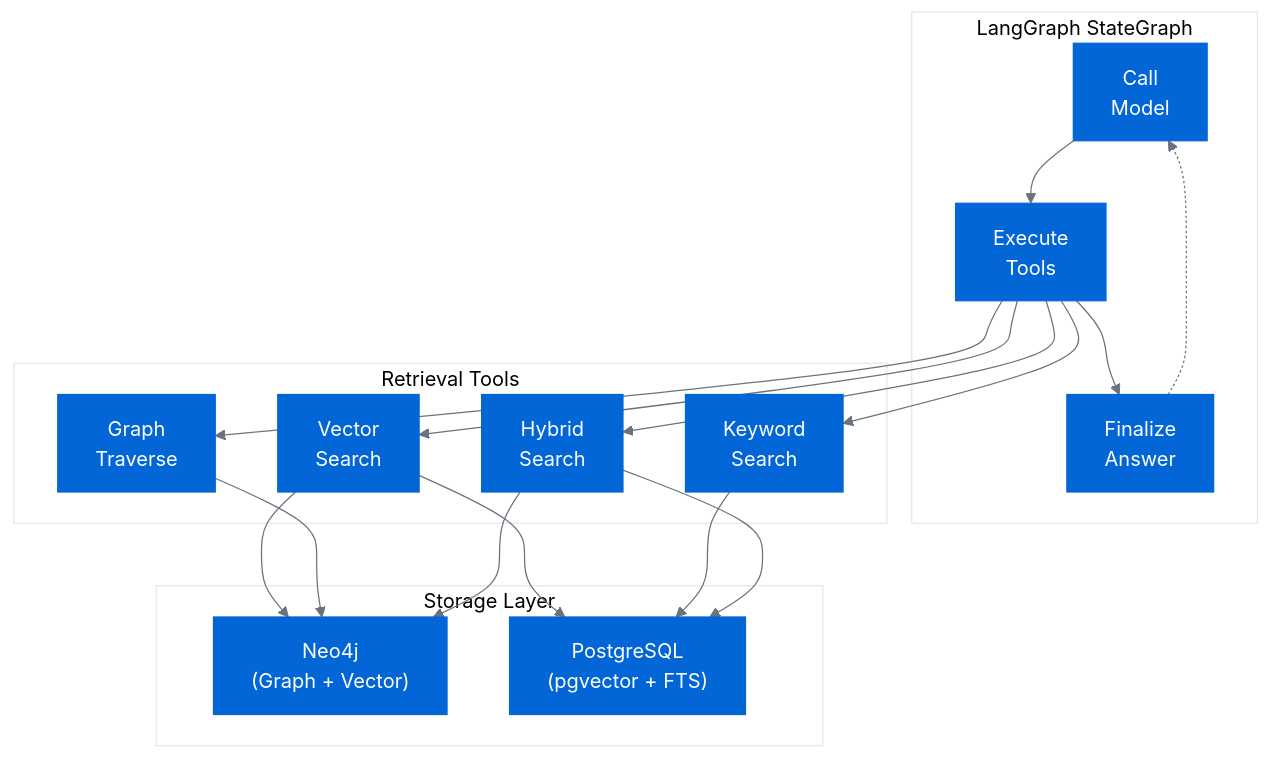
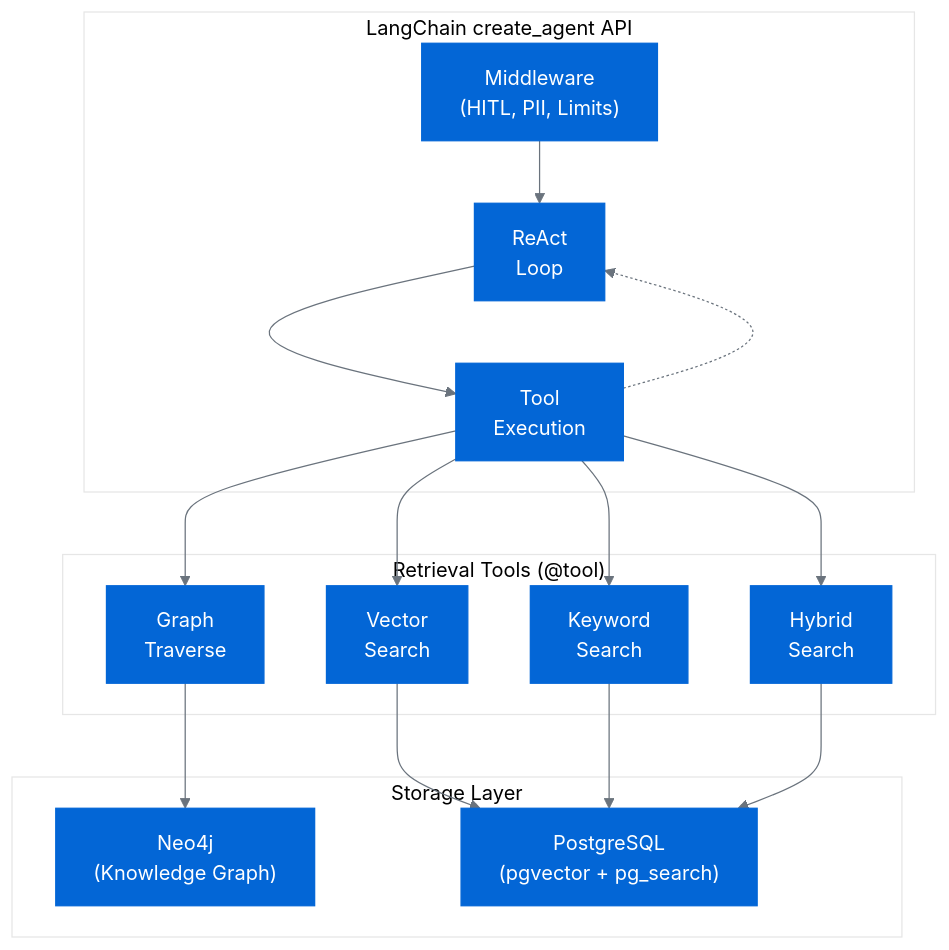
The diagram in README.md (Berkay2002/agentic-rag-test-scope-analysis), drawn with Mermaid before and after one commit. The commit also changed other lines of this file and 5 other files, not shown here.

First line of the commit message:
docs: update README with architecture changes and code formatting

````diff
--- a/README.md
+++ b/README.md
@@ -66,37 +75,35 @@
 ```mermaid
 %%{init: {'theme':'base', 'themeVariables': { 'primaryColor':'#0366d6','primaryTextColor':'#fff','primaryBorderColor':'#0366d6','lineColor':'#6a737d','secondaryColor':'#f6f8fa','tertiaryColor':'#fff','fontSize':'16px'}}}%%
 graph TB
-    subgraph StateGraph["LangGraph StateGraph"]
-        CallModel["Call<br/>Model"]
-        ExecuteTools["Execute<br/>Tools"]
-        FinalizeAnswer["Finalize<br/>Answer"]
+    subgraph Agent["LangChain create_agent API"]
+        Middleware["Middleware<br/>(HITL, PII, Limits)"]
+        ReActLoop["ReAct<br/>Loop"]
+        ToolExecution["Tool<br/>Execution"]
         
-        CallModel --> ExecuteTools
-        ExecuteTools --> FinalizeAnswer
-        FinalizeAnswer -.-> CallModel
+        Middleware --> ReActLoop
+        ReActLoop --> ToolExecution
+        ToolExecution -.-> ReActLoop
     end
     
-    subgraph Tools["Retrieval Tools"]
+    subgraph Tools["Retrieval Tools (@tool)"]
         VectorSearch["Vector<br/>Search"]
         KeywordSearch["Keyword<br/>Search"]
         GraphTraverse["Graph<br/>Traverse"]
         HybridSearch["Hybrid<br/>Search"]
     end
     
     subgraph Storage["Storage Layer"]
-        Neo4j["Neo4j<br/>(Graph + Vector)"]
-        PostgreSQL["PostgreSQL<br/>(pgvector + FTS)"]
+        Neo4j["Neo4j<br/>(Knowledge Graph)"]
+        PostgreSQL["PostgreSQL<br/>(pgvector + pg_search)"]
     end
     
-    ExecuteTools --> VectorSearch
-    ExecuteTools --> KeywordSearch
-    ExecuteTools --> GraphTraverse
-    ExecuteTools --> HybridSearch
+    ToolExecution --> VectorSearch
+    ToolExecution --> KeywordSearch
+    ToolExecution --> GraphTraverse
+    ToolExecution --> HybridSearch
     
-    VectorSearch --> Neo4j
     VectorSearch --> PostgreSQL
     KeywordSearch --> PostgreSQL
     GraphTraverse --> Neo4j
-    HybridSearch --> Neo4j
     HybridSearch --> PostgreSQL
 ```
````
